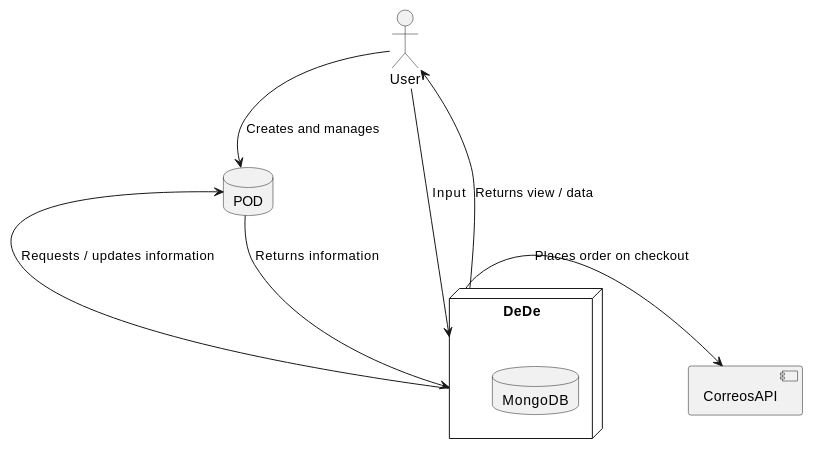
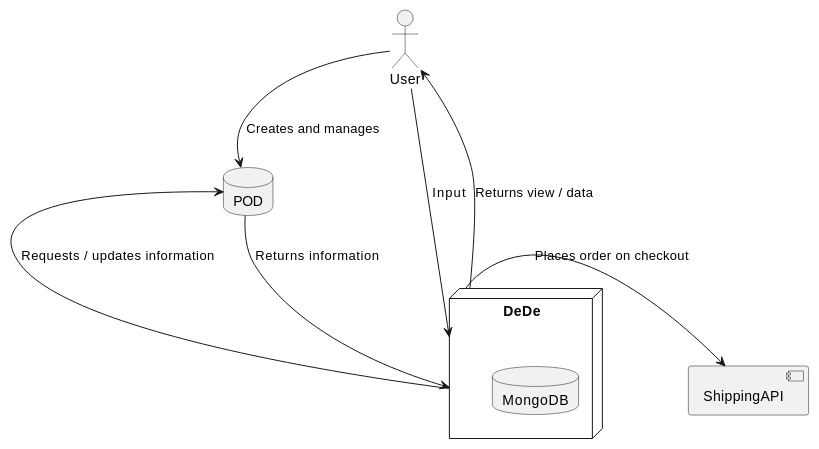
One commit to Arquisoft/dede_en1b changed the diagram in docs/03_system_scope_and_context.adoc. Above: the diagram before and after it, drawn with PlantUML. The commit also changed other lines of this file and 4 other files, not shown here.

```diff
--- a/docs/03_system_scope_and_context.adoc
+++ b/docs/03_system_scope_and_context.adoc
@@ -8,17 +8,17 @@
 [plantuml]
 ....
 @startuml
 Actor User
 database POD
-component CorreosAPI
+component ShippingAPI
 node DeDe {
   database MongoDB
 }
 User --> DeDe : Input
 User --> POD : Creates and manages
 DeDe -u-> User : Returns view / data
 DeDe -l-> POD : Requests / updates information
-DeDe -r-> CorreosAPI : Places order on checkout
+DeDe -r-> ShippingAPI : Places order on checkout
 POD --> DeDe : Returns information
 @enduml
 ....
```
